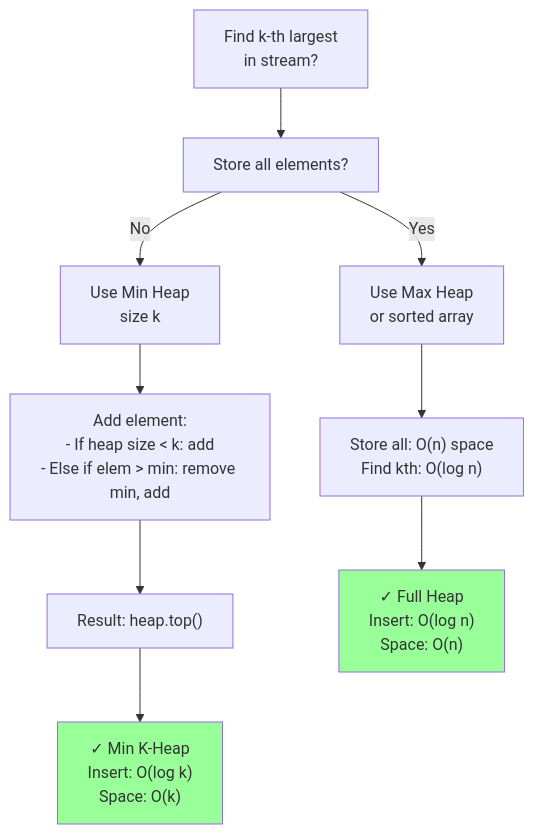
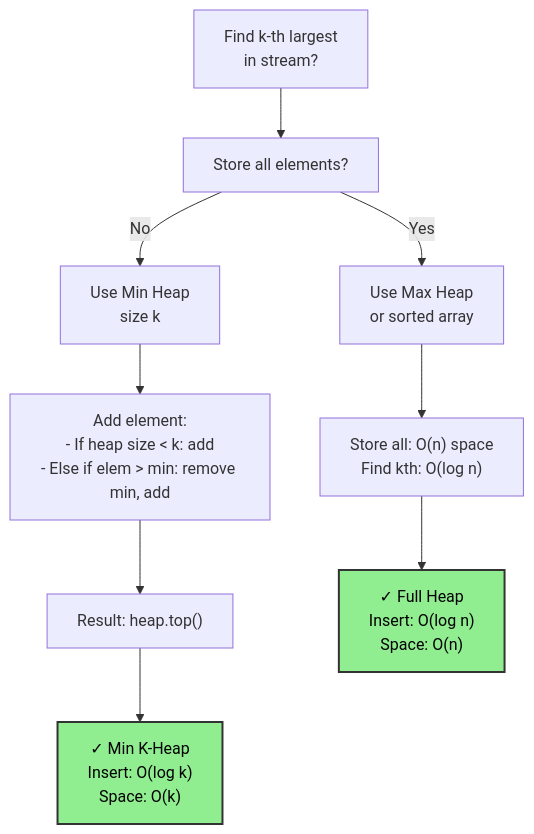
Before and after one commit to souradeepta/interviewprep: the eighth of 8 diagrams in docs/guides/ds_selection_guide.md, drawn with Mermaid. The commit also changed other lines of this file and 31 other files, not shown here.

Commit message:
updated graphs

````diff
--- a/docs/guides/ds_selection_guide.md
+++ b/docs/guides/ds_selection_guide.md
@@ -458,17 +458,17 @@
 ```mermaid
 graph TD
     A["Find k-th largest<br/>in stream?"] --> B["Store all elements?"]
     B -->|No| C["Use Min Heap<br/>size k"]
     B -->|Yes| D["Use Max Heap<br/>or sorted array"]
     
     C --> E["Add element:<br/>- If heap size < k: add<br/>- Else if elem > min: remove min, add"]
     E --> F["Result: heap.top()"]
     
     D --> G["Store all: O(n) space<br/>Find kth: O(log n)"]
     
     F --> H["✓ Min K-Heap<br/>Insert: O(log k)<br/>Space: O(k)"]
     G --> I["✓ Full Heap<br/>Insert: O(log n)<br/>Space: O(n)"]
     
-    style H fill:#99ff99
-    style I fill:#99ff99
+    style H fill:#90ee90,color:#000,stroke:#333,stroke-width:2px
+    style I fill:#90ee90,color:#000,stroke:#333,stroke-width:2px
 ```
````
